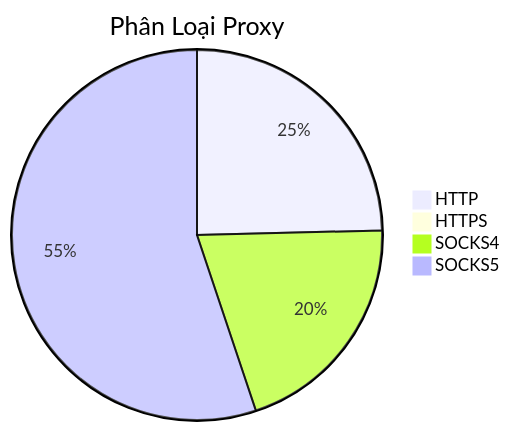
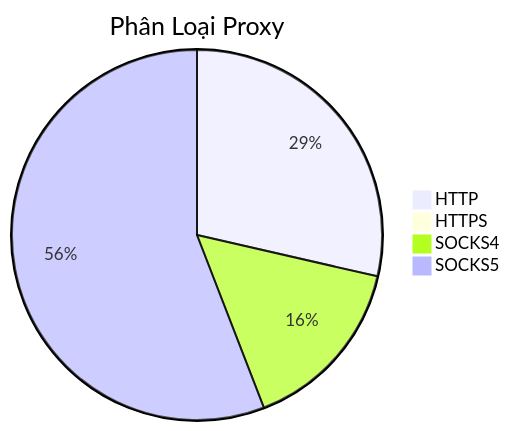
One commit to Ciara-12/PROXY-free changed the diagram in README.md. Above: the diagram before and after it, drawn with Mermaid. The commit also changed other lines of this file and 4 other files, not shown here.

````diff
--- a/README.md
+++ b/README.md
@@ -26,7 +26,7 @@
 ```mermaid
 pie title Phân Loại Proxy
-    "HTTP" : 507
-    "HTTPS" : 2
-    "SOCKS4" : 417
-    "SOCKS5" : 1136
+    "HTTP" : 773
+    "HTTPS" : 1
+    "SOCKS4" : 420
+    "SOCKS5" : 1511
 ```
````
